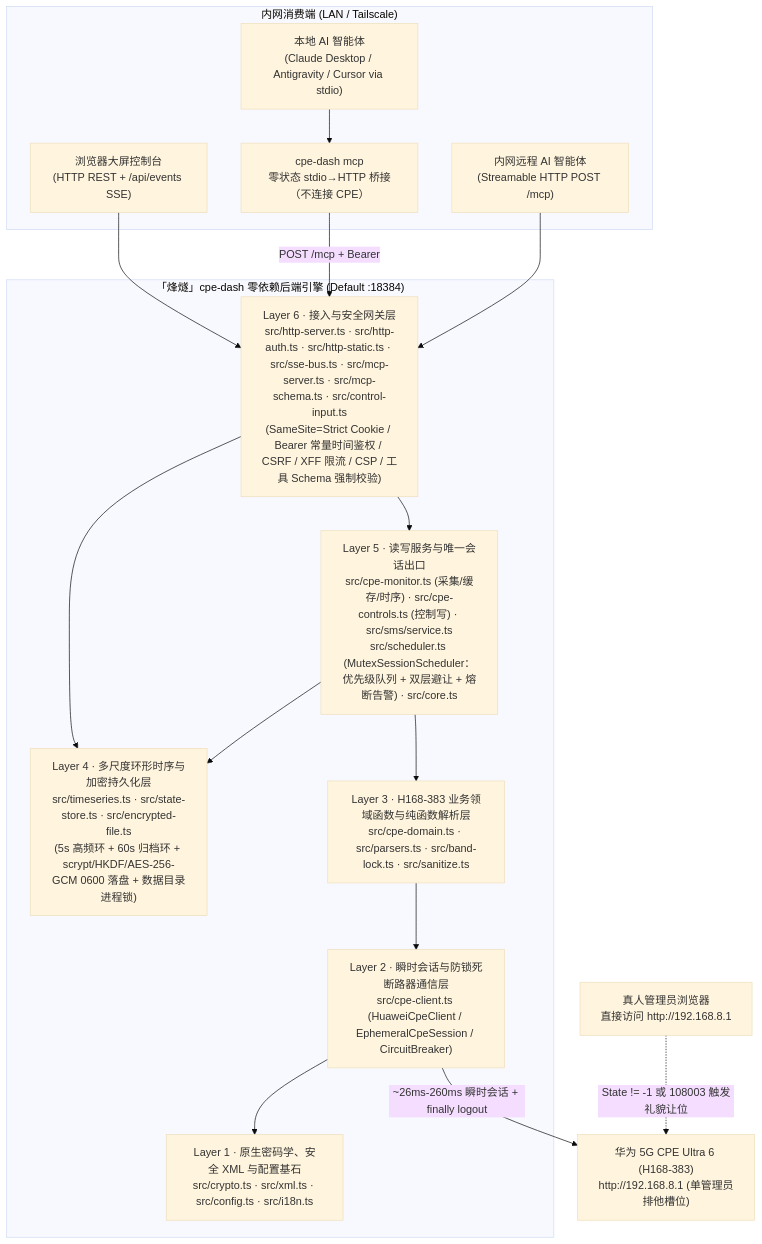
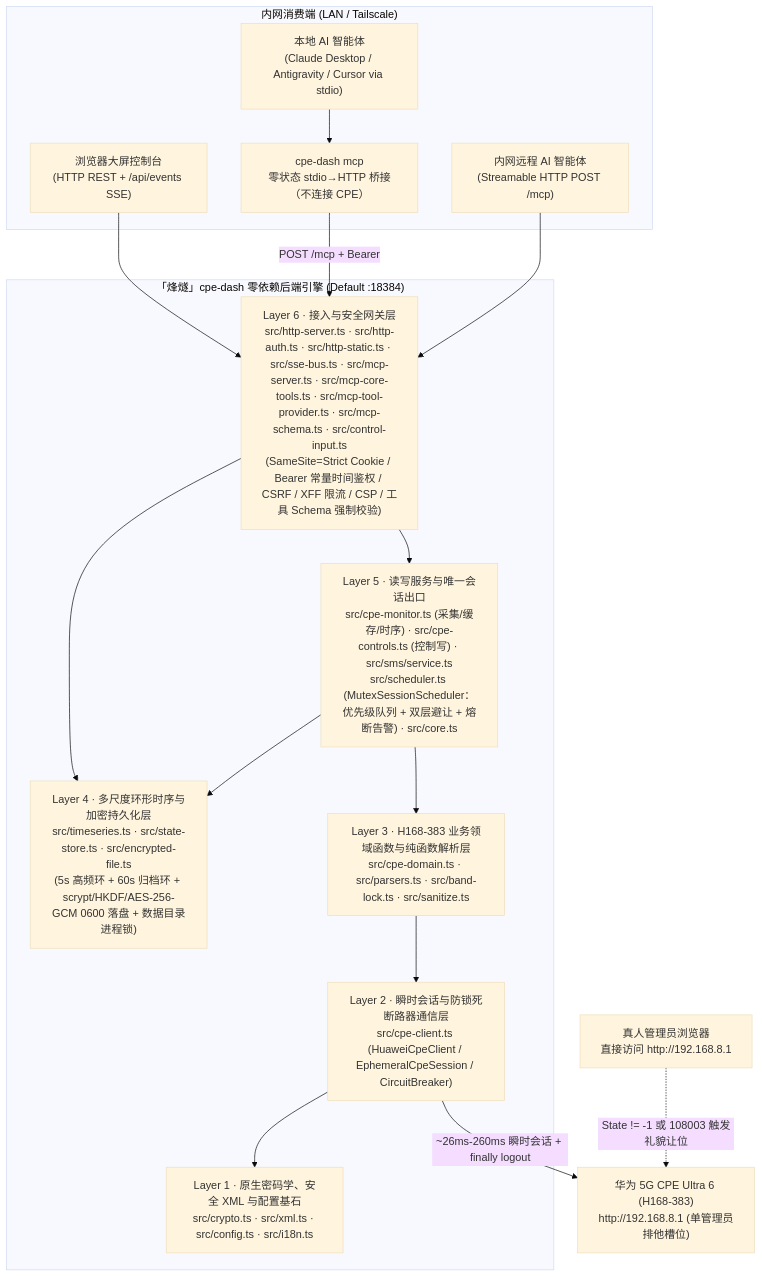
Before and after one commit to cky008/cpe-dash: the first of 3 diagrams in docs/PHASE2_ARCHITECTURE_REPORT.md, drawn with Mermaid (base theme). The commit also changed other lines of this file, not shown here.

````diff
--- a/docs/PHASE2_ARCHITECTURE_REPORT.md
+++ b/docs/PHASE2_ARCHITECTURE_REPORT.md
@@ -32,34 +32,34 @@
 ```mermaid
 flowchart TD
     subgraph Clients["内网消费端 (LAN / Tailscale)"]
         WEB["浏览器大屏控制台<br/>(HTTP REST + /api/events SSE)"]
         MCP_STDIO["本地 AI 智能体<br/>(Claude Desktop / Antigravity / Cursor via stdio)"]
         BRIDGE["cpe-dash mcp<br/>零状态 stdio→HTTP 桥接（不连接 CPE）"]
         MCP_HTTP["内网远程 AI 智能体<br/>(Streamable HTTP POST /mcp)"]
     end
 
     subgraph FengSui["「烽燧」cpe-dash 零依赖后端引擎 (Default :18384)"]
-        L6["Layer 6 · 接入与安全网关层<br/>src/http-server.ts · src/http-auth.ts · src/http-static.ts · src/sse-bus.ts · src/mcp-server.ts · src/mcp-schema.ts · src/control-input.ts<br/>(SameSite=Strict Cookie / Bearer 常量时间鉴权 / CSRF / XFF 限流 / CSP / 工具 Schema 强制校验)"]
+        L6["Layer 6 · 接入与安全网关层<br/>src/http-server.ts · src/http-auth.ts · src/http-static.ts · src/sse-bus.ts · src/mcp-server.ts · src/mcp-core-tools.ts · src/mcp-tool-provider.ts · src/mcp-schema.ts · src/control-input.ts<br/>(SameSite=Strict Cookie / Bearer 常量时间鉴权 / CSRF / XFF 限流 / CSP / 工具 Schema 强制校验)"]
         L5["Layer 5 · 读写服务与唯一会话出口<br/>src/cpe-monitor.ts (采集/缓存/时序) · src/cpe-controls.ts (控制写) · src/sms/service.ts<br/>src/scheduler.ts (MutexSessionScheduler：优先级队列 + 双层避让 + 熔断告警) · src/core.ts"]
         L4["Layer 4 · 多尺度环形时序与加密持久化层<br/>src/timeseries.ts · src/state-store.ts · src/encrypted-file.ts<br/>(5s 高频环 + 60s 归档环 + scrypt/HKDF/AES-256-GCM 0600 落盘 + 数据目录进程锁)"]
         L3["Layer 3 · H168-383 业务领域函数与纯函数解析层<br/>src/cpe-domain.ts · src/parsers.ts · src/band-lock.ts · src/sanitize.ts"]
         L2["Layer 2 · 瞬时会话与防锁死断路器通信层<br/>src/cpe-client.ts (HuaweiCpeClient / EphemeralCpeSession / CircuitBreaker)"]
         L1["Layer 1 · 原生密码学、安全 XML 与配置基石<br/>src/crypto.ts · src/xml.ts · src/config.ts · src/i18n.ts"]
     end
 
     CPE["华为 5G CPE Ultra 6 (H168-383)<br/>http://192.168.8.1 (单管理员排他槽位)"]
     HUMAN["真人管理员浏览器<br/>直接访问 http://192.168.8.1"]
 
     WEB --> L6
     MCP_STDIO --> BRIDGE
     BRIDGE -- "POST /mcp + Bearer" --> L6
     MCP_HTTP --> L6
     L6 --> L5
     L6 --> L4
     L5 --> L3
     L5 --> L4
     L3 --> L2
     L2 --> L1
     L2 -- "~26ms-260ms 瞬时会话 + finally logout" --> CPE
     HUMAN -. "State != -1 或 108003 触发礼貌让位" .-> CPE
 ```
````
